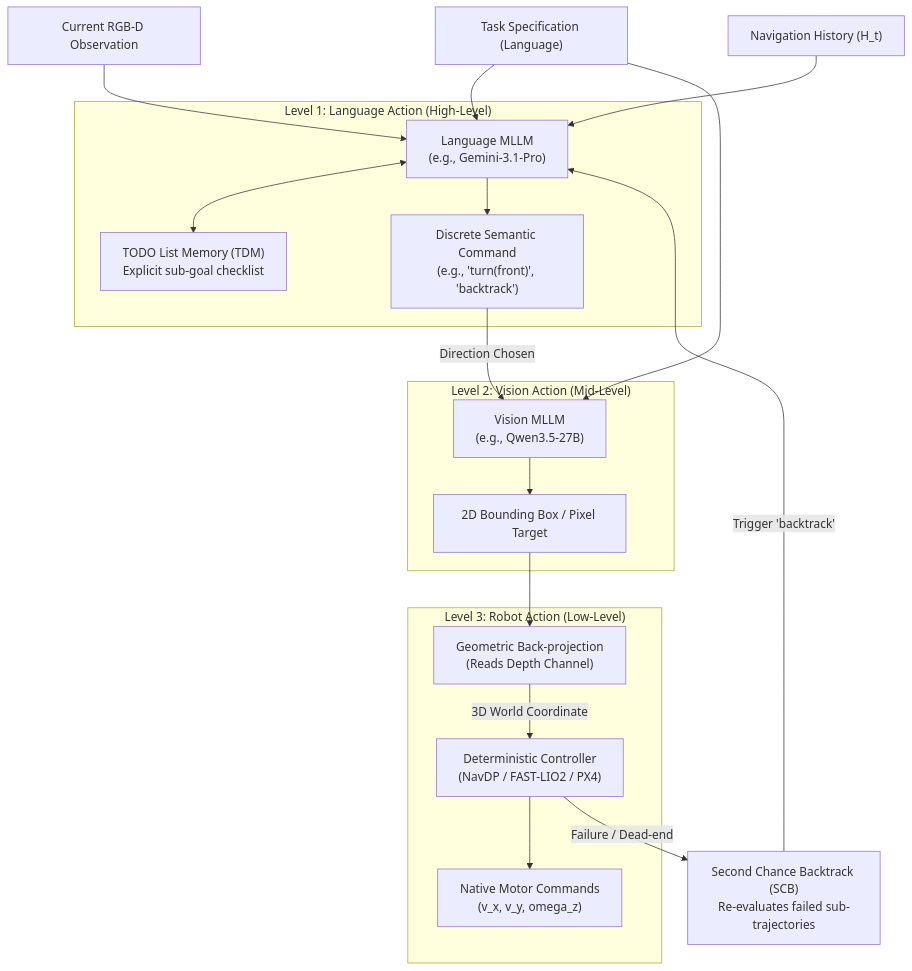
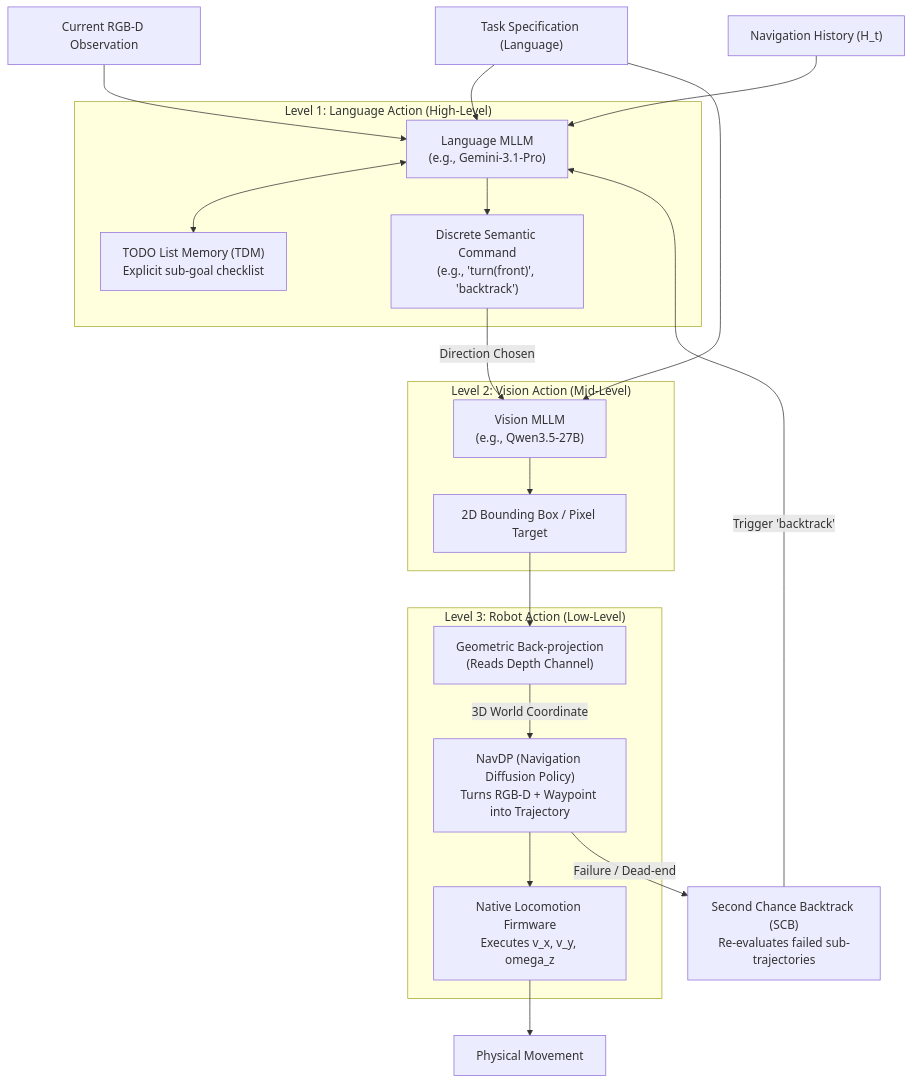
The diagram in wiki/methods/architecture brainstorming/workspace-019e9493-f03b-7424-ad4c-1d52e9af394e/g1-jepa-tethered/docs/UNI_LAVIRA_ANALYSIS.md (Sigurius23/Robot-wiki), drawn with Mermaid before and after one commit. The commit also changed other lines of this file, not shown here.

Commit message:
docs: clarify NavDP local planner mechanics in Uni-LaViRA analysis

````diff
--- a/wiki/methods/architecture brainstorming/workspace-019e9493-f03b-7424-ad4c-1d52e9af394e/g1-jepa-tethered/docs/UNI_LAVIRA_ANALYSIS.md
+++ b/wiki/methods/architecture brainstorming/workspace-019e9493-f03b-7424-ad4c-1d52e9af394e/g1-jepa-tethered/docs/UNI_LAVIRA_ANALYSIS.md
@@ -13,40 +13,41 @@
 ```mermaid
 graph TD
     %% Inputs
     Task["Task Specification (Language)"] --> LA
     Obs["Current RGB-D Observation"] --> LA
     Hist["Navigation History (H_t)"] --> LA
 
     %% Level 1: Language Action
     subgraph L1 ["Level 1: Language Action (High-Level)"]
         LA["Language MLLM<br/>(e.g., Gemini-3.1-Pro)"]
         TDM["TODO List Memory (TDM)<br/>Explicit sub-goal checklist"]
         LA <--> TDM
         LA_Out["Discrete Semantic Command<br/>(e.g., 'turn(front)', 'backtrack')"]
     end
     LA --> LA_Out
 
     %% Level 2: Vision Action
     subgraph L2 ["Level 2: Vision Action (Mid-Level)"]
         VA["Vision MLLM<br/>(e.g., Qwen3.5-27B)"]
         VA_Out["2D Bounding Box / Pixel Target"]
     end
     LA_Out -->|Direction Chosen| VA
     Task --> VA
     VA --> VA_Out
 
     %% Level 3: Robot Action
     subgraph L3 ["Level 3: Robot Action (Low-Level)"]
         Geom["Geometric Back-projection<br/>(Reads Depth Channel)"]
-        Controller["Deterministic Controller<br/>(NavDP / FAST-LIO2 / PX4)"]
-        RA_Out["Native Motor Commands<br/>(v_x, v_y, omega_z)"]
+        Controller["NavDP (Navigation Diffusion Policy)<br/>Turns RGB-D + Waypoint into Trajectory"]
+        Native["Native Locomotion Firmware<br/>Executes v_x, v_y, omega_z"]
     end
     VA_Out --> Geom
     Geom -->|3D World Coordinate| Controller
-    Controller --> RA_Out
+    Controller --> Native
+    Native --> RA_Out["Physical Movement"]
 
     %% Feedback Loop (SCB)
     SCB["Second Chance Backtrack (SCB)<br/>Re-evaluates failed sub-trajectories"]
     Controller -->|Failure / Dead-end| SCB
     SCB -->|Trigger 'backtrack'| LA
 ```
````
